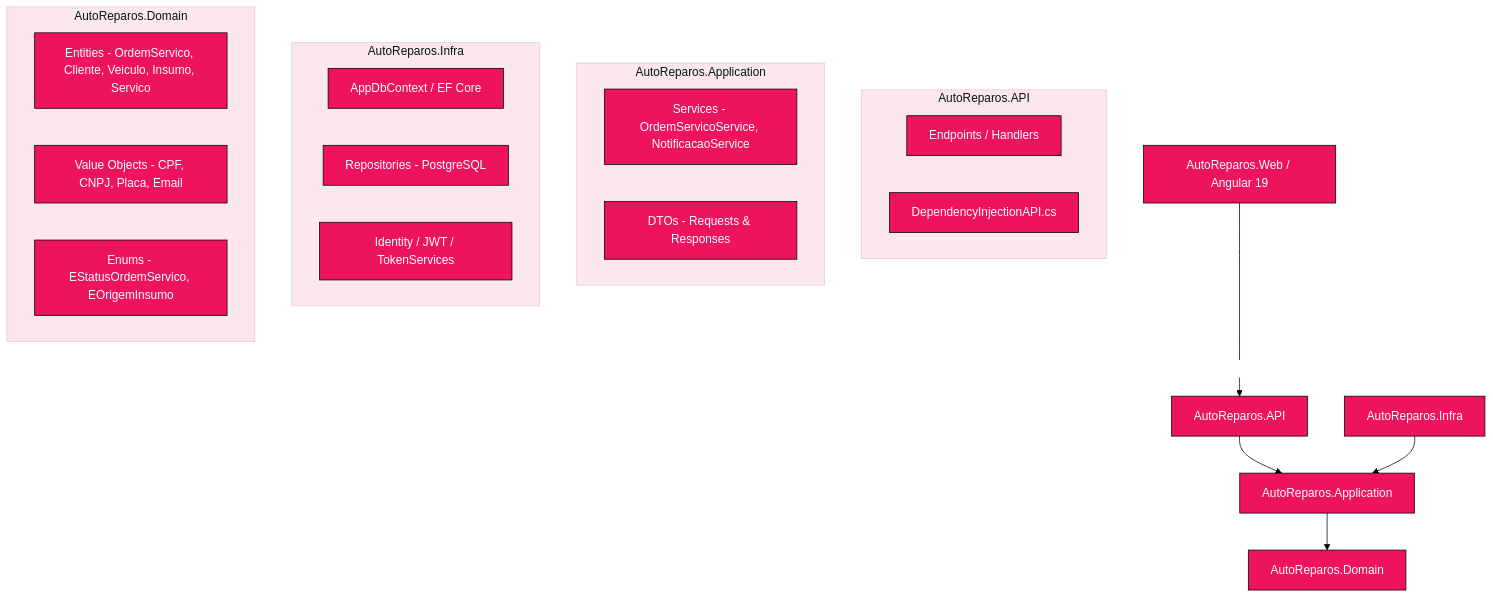
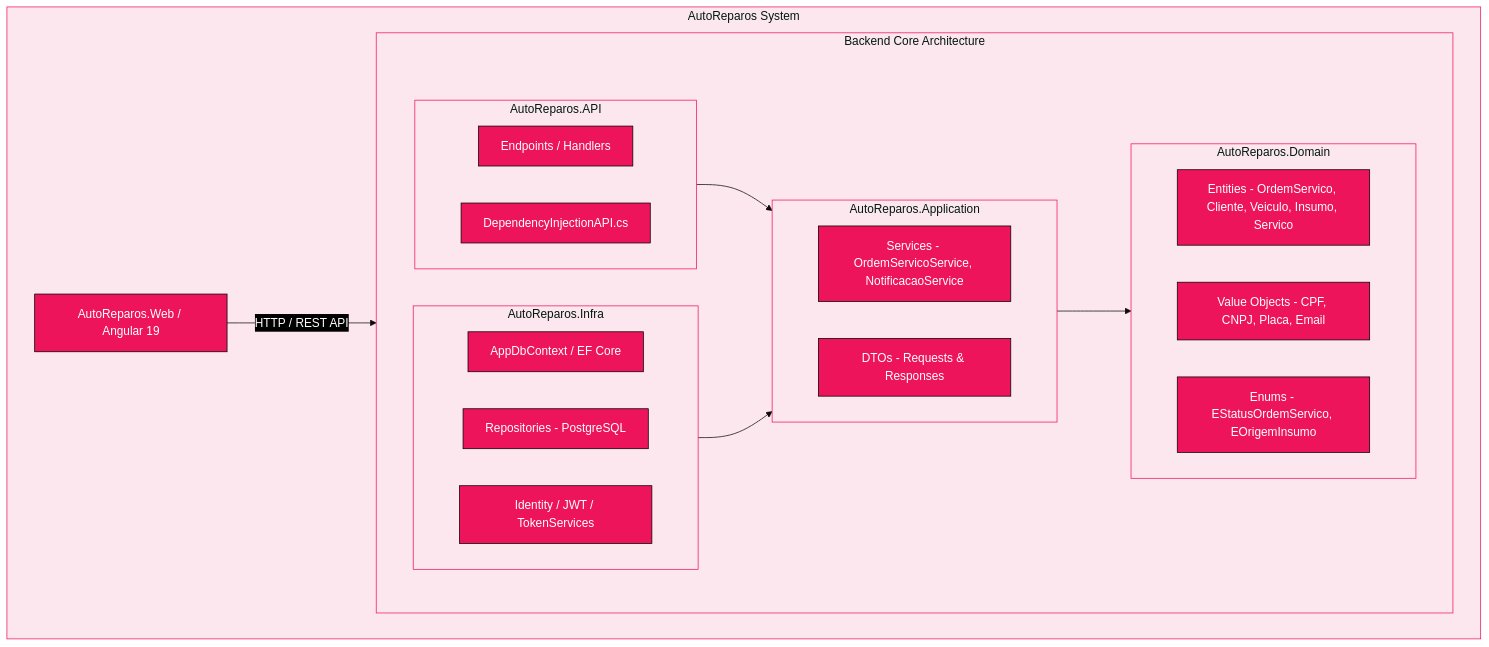
Before and after one commit to Grupo78-PosTech-15SOAT/AutoReparos: the first of 3 diagrams in README.md, drawn with Mermaid. The commit also changed other lines of this file, not shown here.

Commit message:
📝 Corrigidos mermaids do README

````diff
--- a/README.md
+++ b/README.md
@@ -98,43 +98,52 @@
 ```mermaid
 %%{init: {
   'theme': 'base',
   'themeCSS': 'svg { background-color: #ffffff !important; } .subgraph rect { fill: #FDE7EE !important; }',
   'themeVariables': {
-    'background': '#ffffff',
     'primaryColor': '#ED145B',
     'primaryTextColor': '#ffffff',
     'primaryBorderColor': '#000000',
-    'lineColor': '#000000',
-    'secondaryColor': '#1A1A1A',
     'tertiaryColor': '#FDE7EE',
-    'edgeLabelBackground': '#ffffff'
+    'tertiaryBorderColor': '#ED145B',
+    'edgeLabelBackground': '#000000'
   }
 }}%%
-graph TD
-    Web[AutoReparos.Web / Angular 19] -->|HTTP / REST API| API[AutoReparos.API]
-    API --> Application[AutoReparos.Application]
-    Infra[AutoReparos.Infra] --> Application
-    Application --> Domain[AutoReparos.Domain]
-    
-    subgraph AutoReparos.API
-        Endpoints[Endpoints / Handlers]
-        DI[DependencyInjectionAPI.cs]
-    end
-    
-    subgraph AutoReparos.Application
-        Services[Services - OrdemServicoService, NotificacaoService]
-        DTOs[DTOs - Requests & Responses]
-    end
-    
-    subgraph AutoReparos.Infra
-        Context[AppDbContext / EF Core]
-        Repos[Repositories - PostgreSQL]
-        Security[Identity / JWT / TokenServices]
-    end
-    
-    subgraph AutoReparos.Domain
-        Entities[Entities - OrdemServico, Cliente, Veiculo, Insumo, Servico]
-        ValueObjects[Value Objects - CPF, CNPJ, Placa, Email]
-        Enums[Enums - EStatusOrdemServico, EOrigemInsumo]
+graph TB
+    subgraph System["AutoReparos System"]
+        direction LR
+        Web[AutoReparos.Web / Angular 19] -->|HTTP / REST API| API
+        
+        subgraph Backend["Backend Core Architecture"]
+            direction LR
+            API --> Application
+            Infra --> Application
+            Application --> Domain
+            
+            subgraph API[AutoReparos.API]
+                direction LR
+                Endpoints[Endpoints / Handlers]
+                DI[DependencyInjectionAPI.cs]
+            end
+            
+            subgraph Application[AutoReparos.Application]
+                direction LR
+                Services[Services - OrdemServicoService, NotificacaoService]
+                DTOs[DTOs - Requests & Responses]
+            end
+            
+            subgraph Infra[AutoReparos.Infra]
+                direction LR
+                Context[AppDbContext / EF Core]
+                Repos[Repositories - PostgreSQL]
+                Security[Identity / JWT / TokenServices]
+            end
+            
+            subgraph Domain[AutoReparos.Domain]
+                direction LR
+                Entities[Entities - OrdemServico, Cliente, Veiculo, Insumo, Servico]
+                ValueObjects[Value Objects - CPF, CNPJ, Placa, Email]
+                Enums[Enums - EStatusOrdemServico, EOrigemInsumo]
+            end
+        end
     end
 ```
````
